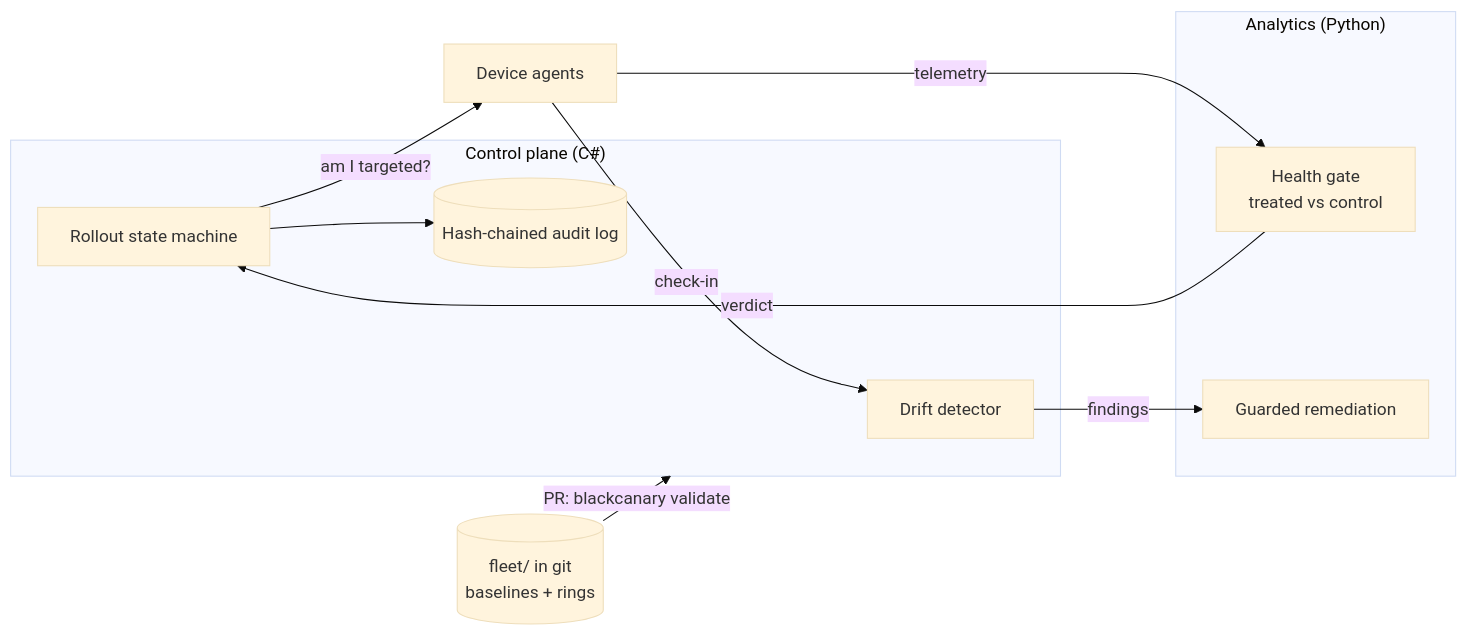
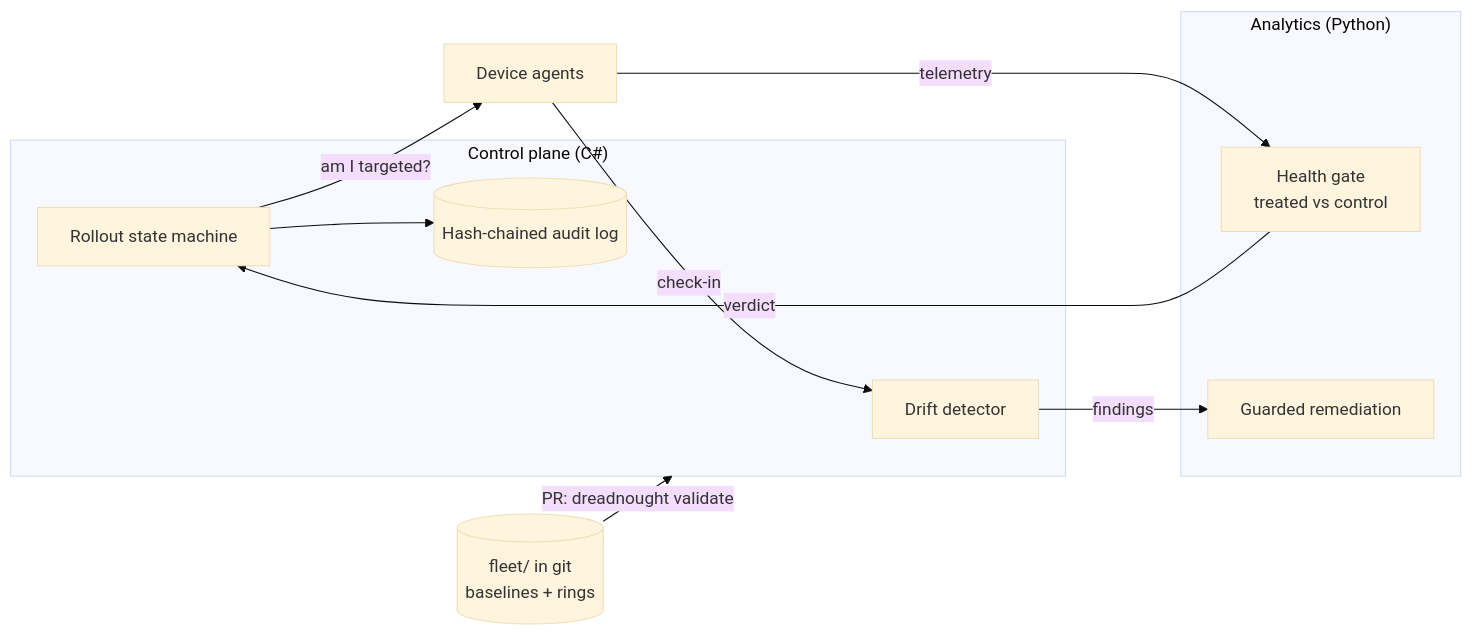
The diagram in README.md (ZakariDev27/dreadnought), drawn with Mermaid (base theme) before and after one commit. The commit also changed other lines of this file and 90 other files, not shown here.

````diff
--- a/README.md
+++ b/README.md
@@ -58,19 +58,19 @@
 ```mermaid
 flowchart LR
-    git[("fleet/ in git<br/>baselines + rings")] -->|PR: blackcanary validate| cp
+    git[("fleet/ in git<br/>baselines + rings")] -->|PR: dreadnought validate| cp
     subgraph cp["Control plane (C#)"]
         drift[Drift detector]
         sm[Rollout state machine]
         audit[(Hash-chained audit log)]
         sm --> audit
     end
     devices[Device agents] -->|check-in| drift
     devices -->|telemetry| gate
     subgraph py["Analytics (Python)"]
         gate[Health gate<br/>treated vs control]
         rem[Guarded remediation]
     end
     gate -->|verdict| sm
     drift -->|findings| rem
     sm -->|"am I targeted?"| devices
 ```
````
